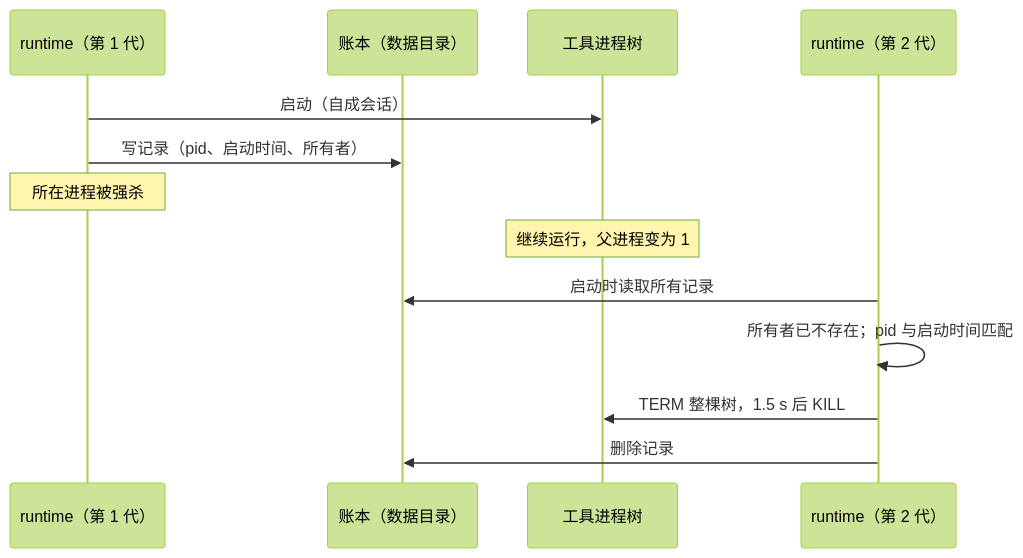
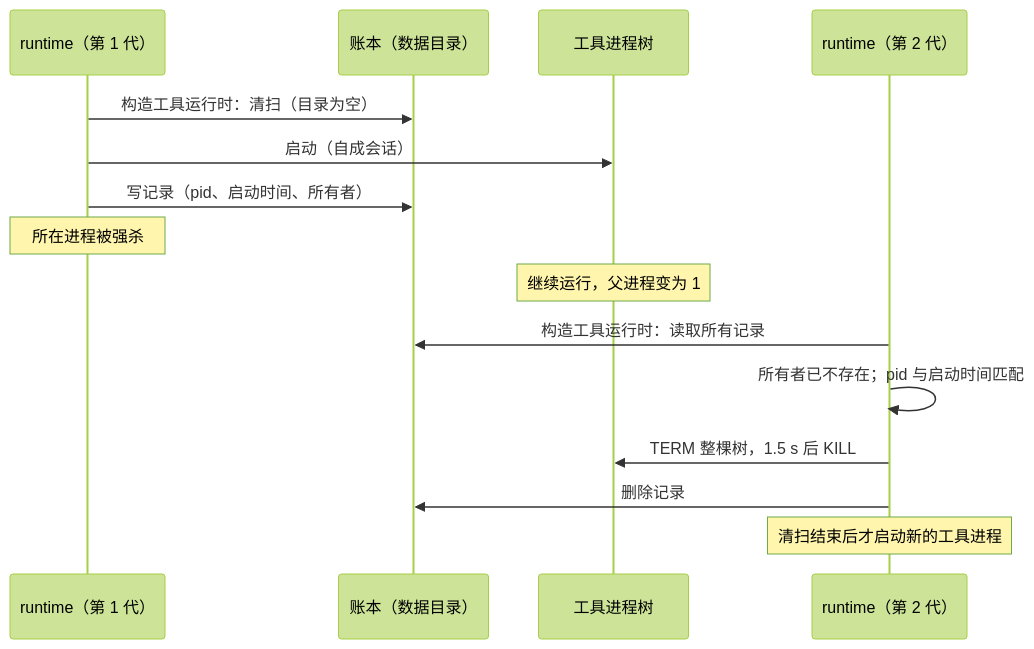
Before and after one commit to Madin-H23/ZCode-rs: the diagram in docs/specs/rust-tool-process-reaping.md, drawn with Mermaid (forest theme). The commit also changed other lines of this file, not shown here.

````diff
--- a/docs/specs/rust-tool-process-reaping.md
+++ b/docs/specs/rust-tool-process-reaping.md
@@ -72,15 +150,17 @@
 ```mermaid
 sequenceDiagram
     participant R1 as runtime（第 1 代）
     participant L as 账本（数据目录）
     participant P as 工具进程树
     participant R2 as runtime（第 2 代）
+    R1->>L: 构造工具运行时：清扫（目录为空）
     R1->>P: 启动（自成会话）
     R1->>L: 写记录（pid、启动时间、所有者）
     Note over R1: 所在进程被强杀
     Note over P: 继续运行，父进程变为 1
-    R2->>L: 启动时读取所有记录
+    R2->>L: 构造工具运行时：读取所有记录
     R2->>R2: 所有者已不存在；pid 与启动时间匹配
     R2->>P: TERM 整棵树，1.5 s 后 KILL
     R2->>L: 删除记录
+    Note over R2: 清扫结束后才启动新的工具进程
 ```
````
